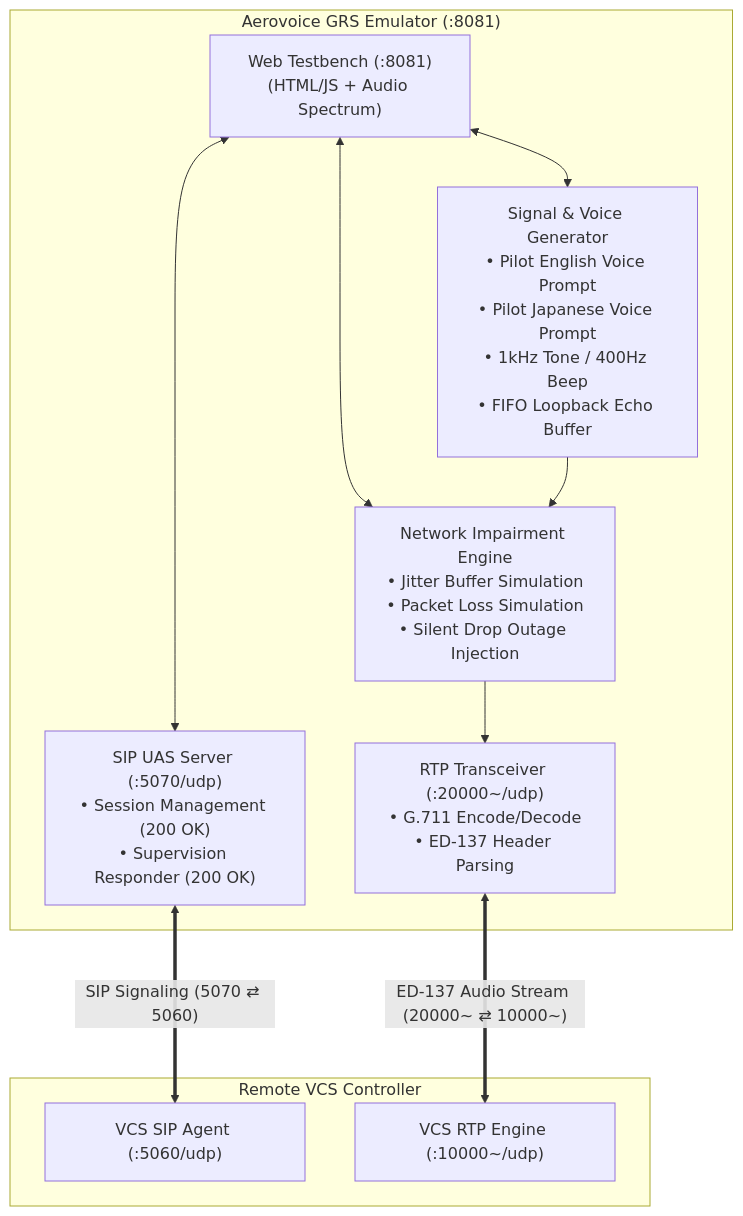
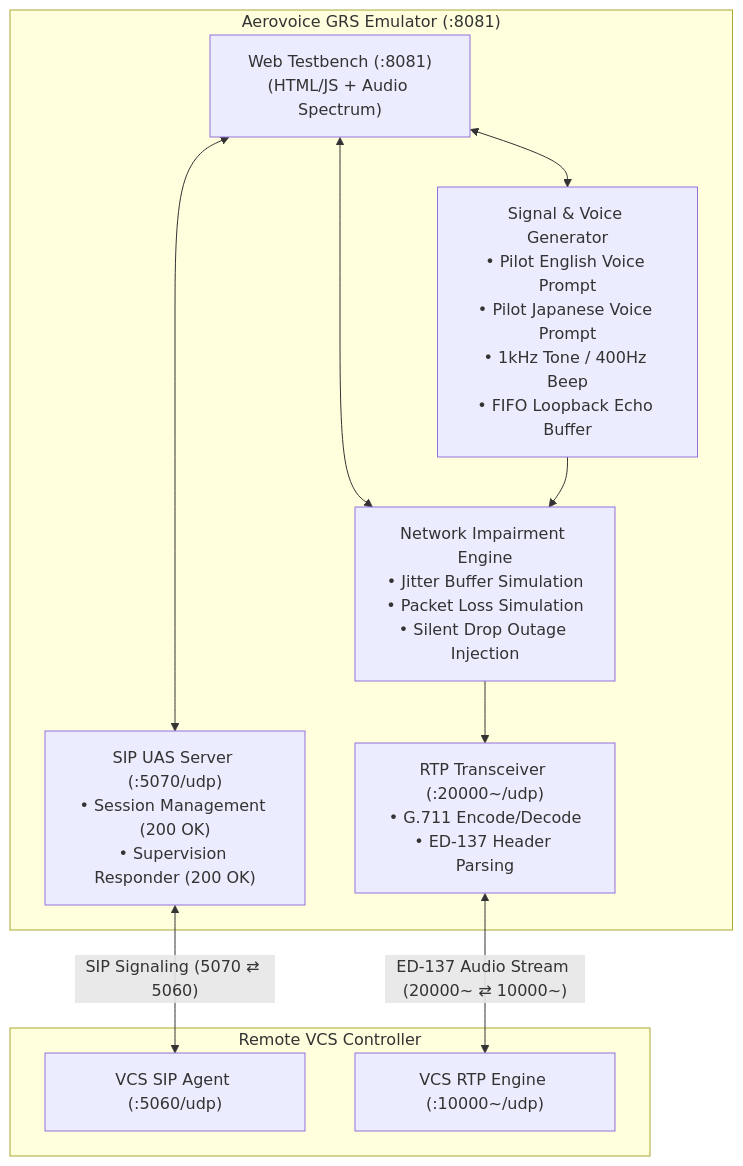
The second of 3 diagrams in docs/manual.md (sh0jitmy/aerovoice), drawn with Mermaid before and after one commit. The commit also changed other lines of this file and 5 other files, not shown here.

Commit message:
fix(docs): resolve Mermaid syntax errors in system architecture and manual diagrams

````diff
--- a/docs/manual.md
+++ b/docs/manual.md
@@ -55,23 +55,23 @@
 ```mermaid
 flowchart TB
     subgraph GRS_Host["Aerovoice GRS Emulator (:8081)"]
         GRS_Web["Web Testbench (:8081)<br/>(HTML/JS + Audio Spectrum)"]
         GRS_SIP["SIP UAS Server (:5070/udp)<br/>• Session Management (200 OK)<br/>• Supervision Responder (200 OK)"]
         GRS_RTP["RTP Transceiver (:20000~/udp)<br/>• G.711 Encode/Decode<br/>• ED-137 Header Parsing"]
         GRS_Impair["Network Impairment Engine<br/>• Jitter Buffer Simulation<br/>• Packet Loss Simulation<br/>• Silent Drop Outage Injection"]
         GRS_Audio["Signal & Voice Generator<br/>• Pilot English Voice Prompt<br/>• Pilot Japanese Voice Prompt<br/>• 1kHz Tone / 400Hz Beep<br/>• FIFO Loopback Echo Buffer"]
     end
 
     subgraph VCS_Remote["Remote VCS Controller"]
         VCS_SIP_R["VCS SIP Agent (:5060/udp)"]
         VCS_RTP_R["VCS RTP Engine (:10000~/udp)"]
     end
 
     GRS_Web <--> GRS_SIP
     GRS_Web <--> GRS_Audio
     GRS_Web <--> GRS_Impair
 
-    GRS_SIP <===>|"SIP Signaling (5070 ⇄ 5060)"| VCS_SIP_R
+    GRS_SIP <-->|"SIP Signaling (5070 ⇄ 5060)"| VCS_SIP_R
     GRS_Audio --> GRS_Impair --> GRS_RTP
-    GRS_RTP <===>|"ED-137 Audio Stream (20000~ ⇄ 10000~)"| VCS_RTP_R
+    GRS_RTP <-->|"ED-137 Audio Stream (20000~ ⇄ 10000~)"| VCS_RTP_R
 ```
````
